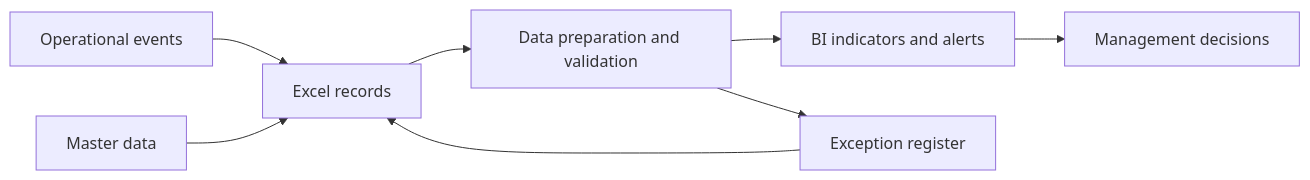
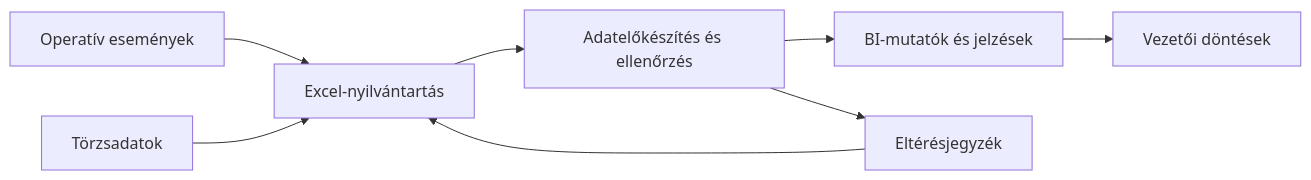
Before and after one commit to richardvoros/operational-bi-audit: the diagram in docs/system-design.md, drawn with Mermaid. The commit also changed other lines of this file, not shown here.

````diff
--- a/docs/system-design.md
+++ b/docs/system-design.md
@@ -3,10 +11,10 @@
 ```mermaid
 flowchart LR
- A[Operational events] --> C[Excel records]
- B[Master data] --> C
- C --> D[Data preparation and validation]
- D --> E[BI indicators and alerts]
- E --> F[Management decisions]
- D --> G[Exception register]
+ A[Operatív események] --> C[Excel-nyilvántartás]
+ B[Törzsadatok] --> C
+ C --> D[Adatelőkészítés és ellenőrzés]
+ D --> E[BI-mutatók és jelzések]
+ E --> F[Vezetői döntések]
+ D --> G[Eltérésjegyzék]
  G --> C
 ```
````
